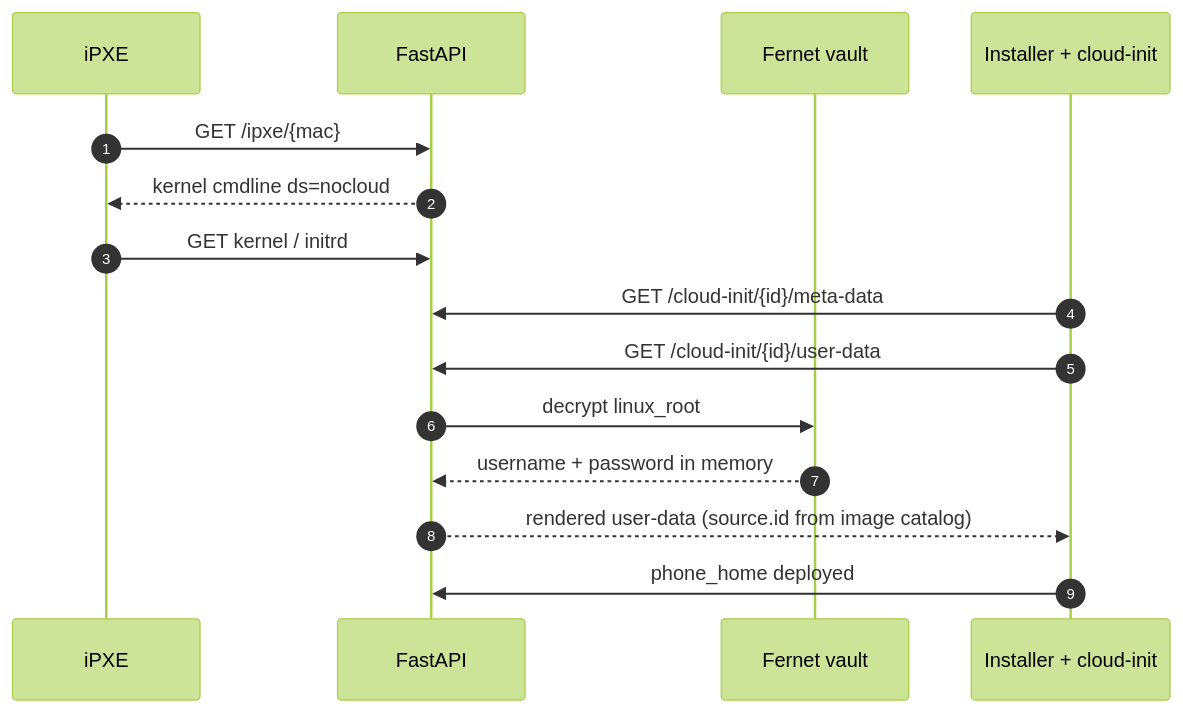
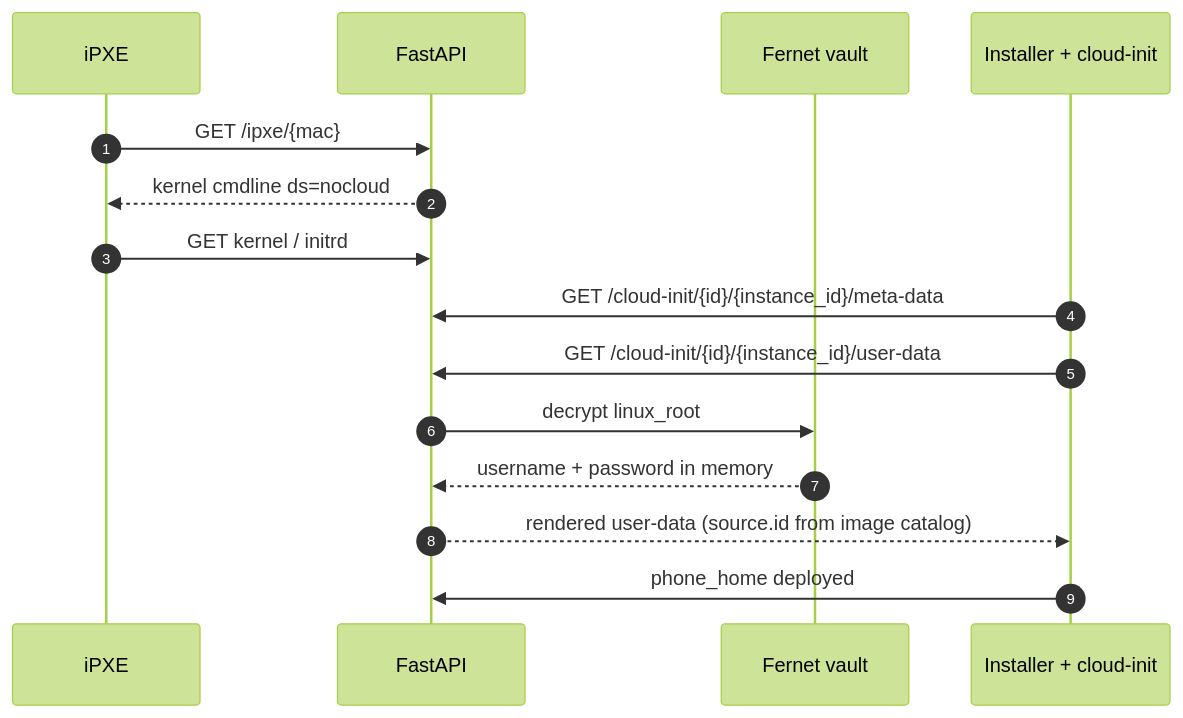
The seventh of 24 diagrams in ARCHITECTURE.md (hometinker12/home-lab-pxe), drawn with Mermaid (forest theme) before and after one commit. The commit also changed other lines of this file and 50 other files, not shown here.

````diff
--- a/ARCHITECTURE.md
+++ b/ARCHITECTURE.md
@@ -167,18 +167,18 @@
 ```mermaid
 sequenceDiagram
   autonumber
   participant IPXE as iPXE
   participant API as FastAPI
   participant Vault as Fernet vault
   participant OS as Installer + cloud-init
 
   IPXE->>API: GET /ipxe/{mac}
   API-->>IPXE: kernel cmdline ds=nocloud
   IPXE->>API: GET kernel / initrd
-  OS->>API: GET /cloud-init/{id}/meta-data
-  OS->>API: GET /cloud-init/{id}/user-data
+  OS->>API: GET /cloud-init/{id}/{instance_id}/meta-data
+  OS->>API: GET /cloud-init/{id}/{instance_id}/user-data
   API->>Vault: decrypt linux_root
   Vault-->>API: username + password in memory
   API-->>OS: rendered user-data (source.id from image catalog)
   OS->>API: phone_home deployed
 ```
````
